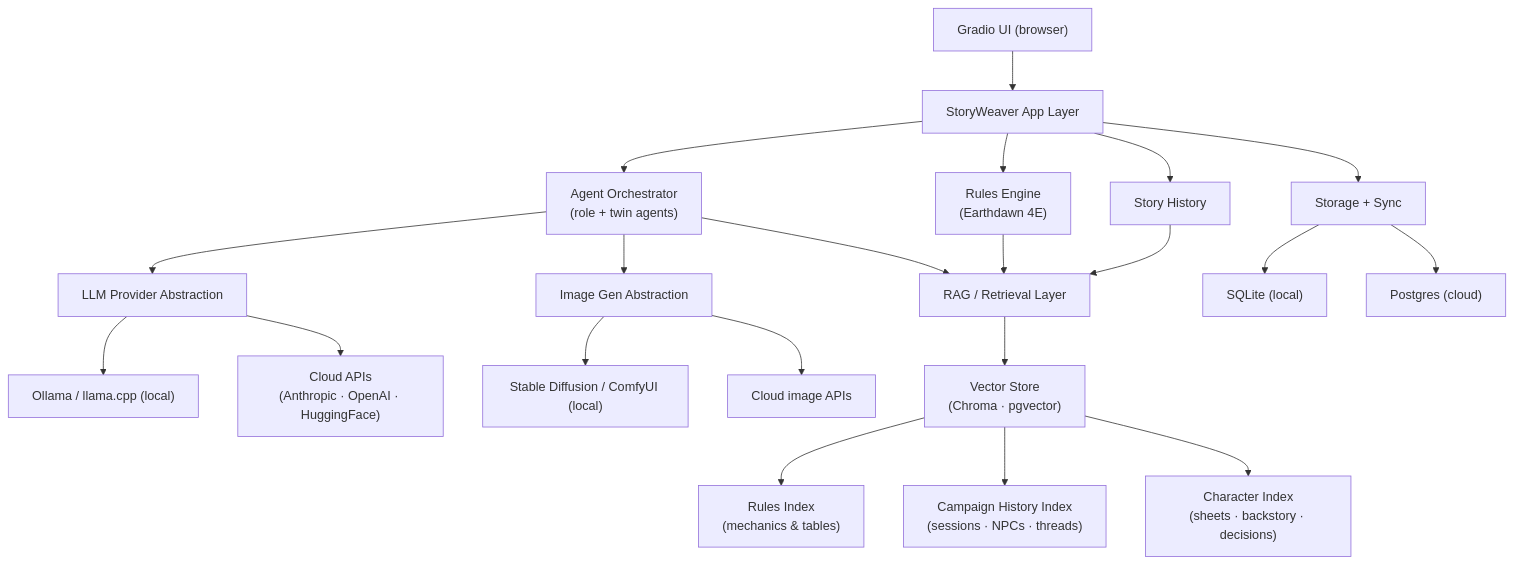
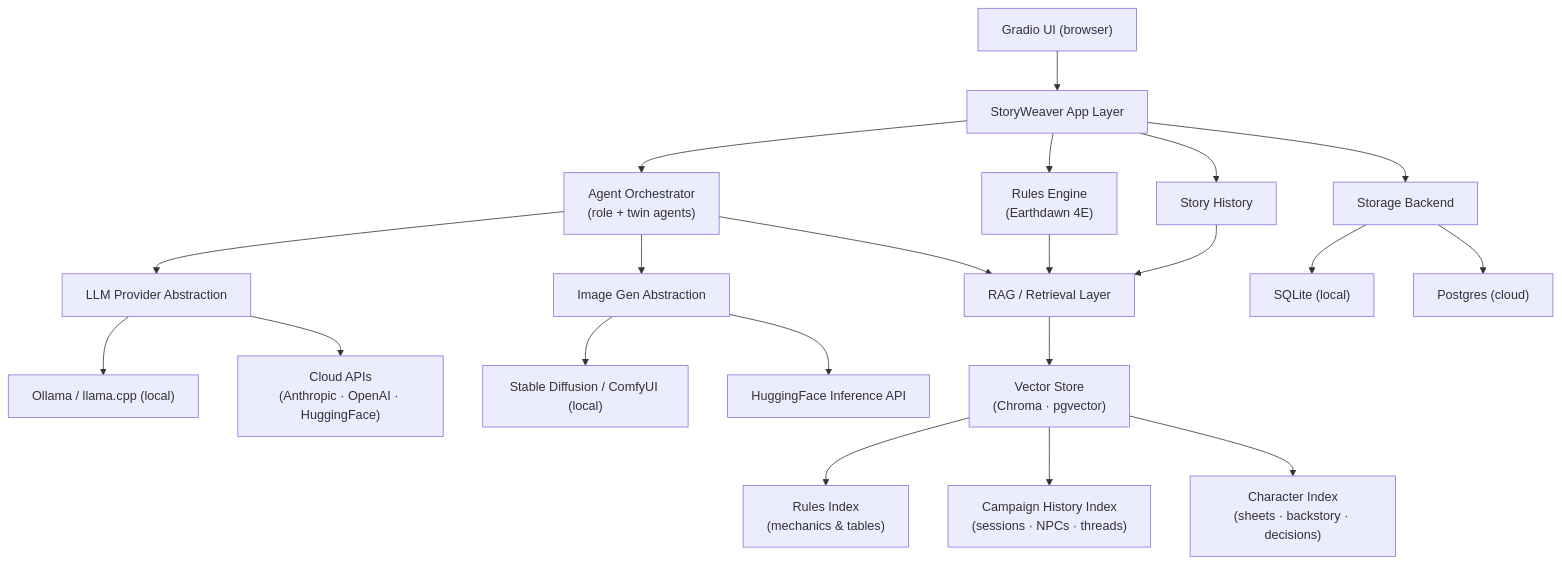
One commit to Risslock/StoryWeaver changed the diagram in README.md. Above: the diagram before and after it, drawn with Mermaid. The commit also changed other lines of this file and 18 other files, not shown here.

````diff
--- a/README.md
+++ b/README.md
@@ -56,23 +84,23 @@
 ```mermaid
 flowchart TD
     UI["Gradio UI (browser)"] --> APP["StoryWeaver App Layer"]
     APP --> AG["Agent Orchestrator<br/>(role + twin agents)"]
     APP --> RULES["Rules Engine<br/>(Earthdawn 4E)"]
     APP --> STORY["Story History"]
     AG --> LLM["LLM Provider Abstraction"]
     AG --> IMG["Image Gen Abstraction"]
     AG --> RAG["RAG / Retrieval Layer"]
     RULES --> RAG
     STORY --> RAG
     RAG --> VECSTORE["Vector Store<br/>(Chroma · pgvector)"]
     VECSTORE --> RULESIDX["Rules Index<br/>(mechanics & tables)"]
     VECSTORE --> HISTIDX["Campaign History Index<br/>(sessions · NPCs · threads)"]
     VECSTORE --> CHARIDX["Character Index<br/>(sheets · backstory · decisions)"]
     LLM --> OLLAMA["Ollama / llama.cpp (local)"]
     LLM --> CLOUDLLM["Cloud APIs<br/>(Anthropic · OpenAI · HuggingFace)"]
     IMG --> LOCALIMG["Stable Diffusion / ComfyUI (local)"]
-    IMG --> CLOUDIMG["Cloud image APIs"]
-    APP --> STORAGE["Storage + Sync"]
+    IMG --> CLOUDIMG["HuggingFace Inference API"]
+    APP --> STORAGE["Storage Backend"]
     STORAGE --> SQLITE["SQLite (local)"]
     STORAGE --> PG["Postgres (cloud)"]
 ```
````
